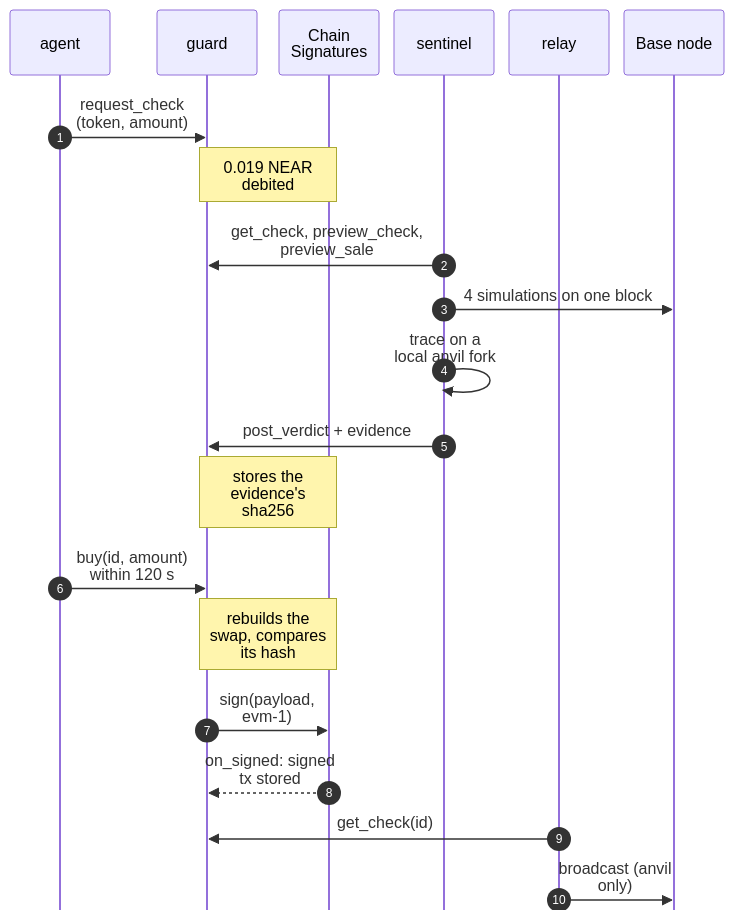
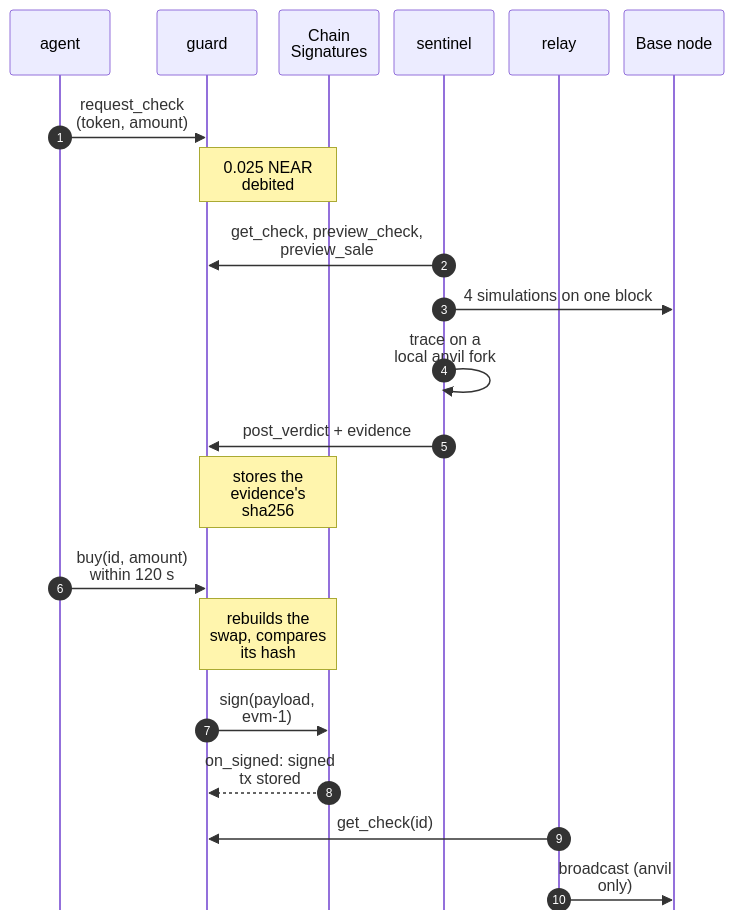
The second of 3 diagrams in docs/architecture.md (cmoron/near-preflight), drawn with Mermaid before and after one commit. The commit also changed other lines of this file and 40 other files, not shown here.

````diff
--- a/docs/architecture.md
+++ b/docs/architecture.md
@@ -60,24 +60,24 @@
 ```mermaid
 %%{init: {"sequence": {"mirrorActors": false, "wrap": true, "width": 100, "actorMargin": 15, "messageFontSize": 15, "noteFontSize": 14, "actorFontSize": 15}}}%%
 sequenceDiagram
     autonumber
     participant A as agent
     participant G as guard
     participant M as Chain Signatures
     participant S as sentinel
     participant R as relay
     participant B as Base node
     A->>G: request_check<br/>(token, amount)
-    Note over G,M: 0.019 NEAR debited
+    Note over G,M: 0.025 NEAR debited
     S->>G: get_check, preview_check, preview_sale
     S->>B: 4 simulations on one block
     S->>S: trace on a local anvil fork
     S->>G: post_verdict + evidence
     Note over G,M: stores the evidence's sha256
     A->>G: buy(id, amount)<br/>within 120 s
     Note over G,M: rebuilds the swap, compares its hash
     G->>M: sign(payload, evm-1)
     M-->>G: on_signed: signed tx stored
     R->>G: get_check(id)
     R->>B: broadcast (anvil only)
 ```
````
